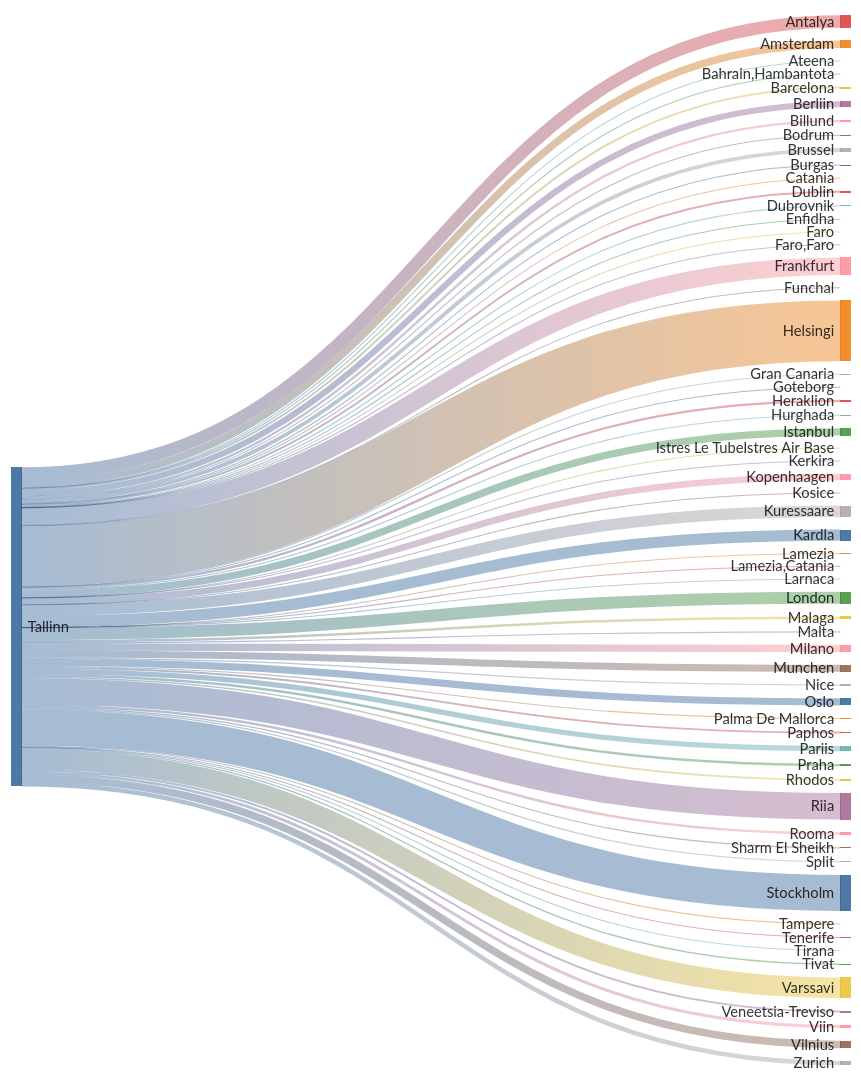
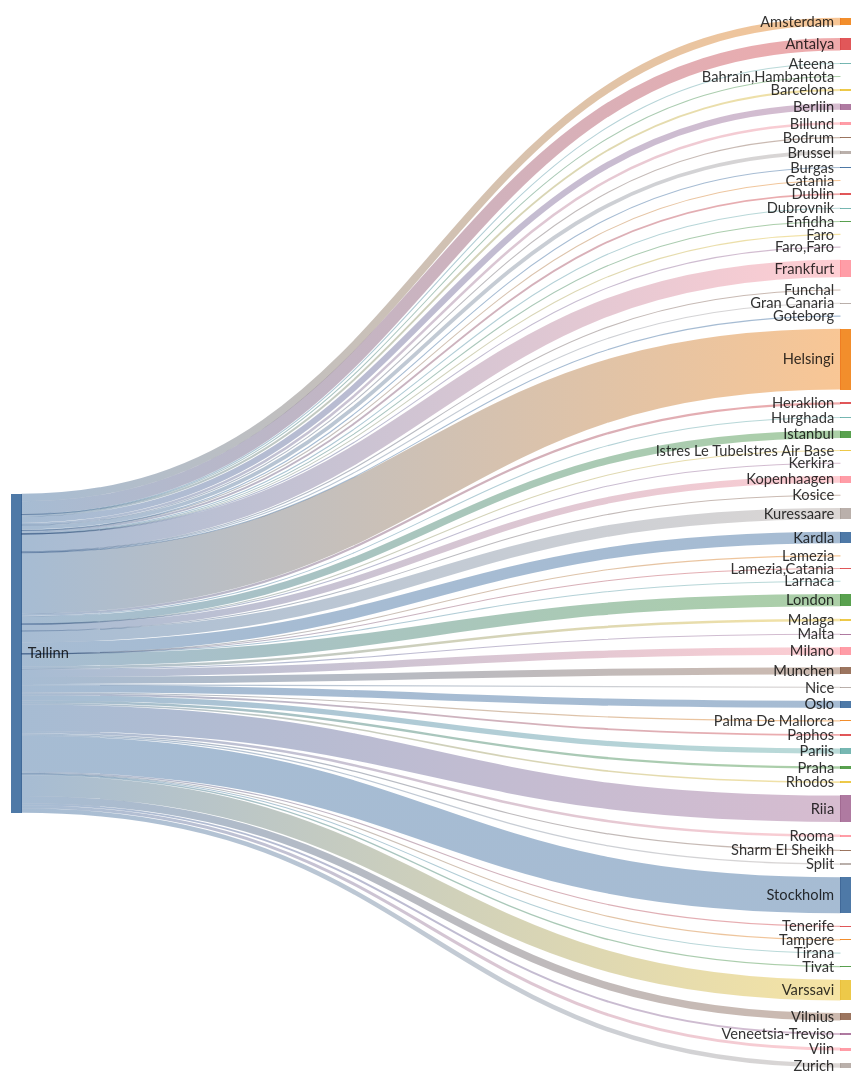
The second of 2 diagrams in README.md (rainermesi/tll-airport-departures), drawn with Mermaid before and after one commit. The commit also changed other lines of this file, not shown here.

````diff
--- a/README.md
+++ b/README.md
@@ -34,72 +34,72 @@
 ```mermaid
 ---
 config:
   sankey:
     showValues: false
     width: 800
     height: 1000
 ---
 sankey-beta
 %% source,target,value
-Tallinn,Amsterdam,153
-Tallinn,Antalya,252
+Tallinn,Amsterdam,155
+Tallinn,Antalya,253
 Tallinn,Ateena,16
 Tallinn,"Bahrain,Hambantota",1
 Tallinn,Barcelona,39
-Tallinn,Berliin,124
+Tallinn,Berliin,125
 Tallinn,Billund,49
 Tallinn,Bodrum,11
 Tallinn,Brussel,77
 Tallinn,Burgas,21
 Tallinn,Catania,2
 Tallinn,Dublin,38
 Tallinn,Dubrovnik,21
 Tallinn,Enfidha,7
 Tallinn,Faro,4
 Tallinn,"Faro,Faro",1
-Tallinn,Frankfurt,355
+Tallinn,Frankfurt,358
 Tallinn,Funchal,5
 Tallinn,Gran Canaria,14
 Tallinn,Goteborg,1
-Tallinn,Helsingi,1226
+Tallinn,Helsingi,1235
 Tallinn,Heraklion,46
 Tallinn,Hurghada,19
-Tallinn,Istanbul,147
+Tallinn,Istanbul,148
 Tallinn,Istres Le TubeIstres Air Base,2
 Tallinn,Kerkira,4
-Tallinn,Kopenhaagen,134
+Tallinn,Kopenhaagen,135
 Tallinn,Kosice,1
-Tallinn,Kuressaare,229
-Tallinn,Kardla,229
+Tallinn,Kuressaare,231
+Tallinn,Kardla,231
 Tallinn,Lamezia,1
 Tallinn,"Lamezia,Catania",3
 Tallinn,Larnaca,4
-Tallinn,London,245
-Tallinn,Malaga,50
+Tallinn,London,247
+Tallinn,Malaga,51
 Tallinn,Malta,15
-Tallinn,Milano,149
+Tallinn,Milano,150
 Tallinn,Munchen,141
 Tallinn,Nice,25
-Tallinn,Oslo,145
+Tallinn,Oslo,146
 Tallinn,Palma De Mallorca,19
-Tallinn,Paphos,37
-Tallinn,Pariis,106
+Tallinn,Paphos,38
+Tallinn,Pariis,107
 Tallinn,Praha,49
 Tallinn,Rhodos,32
-Tallinn,Riia,533
+Tallinn,Riia,537
 Tallinn,Rooma,51
-Tallinn,Sharm El Sheikh,24
+Tallinn,Sharm El Sheikh,25
 Tallinn,Split,25
-Tallinn,Stockholm,726
+Tallinn,Stockholm,729
 Tallinn,Tampere,17
-Tallinn,Tenerife,20
+Tallinn,Tenerife,21
 Tallinn,Tirana,8
 Tallinn,Tivat,26
-Tallinn,Varssavi,414
-Tallinn,Veneetsia-Treviso,38
-Tallinn,Viin,60
-Tallinn,Vilnius,150
-Tallinn,Zurich,92
+Tallinn,Varssavi,418
+Tallinn,Veneetsia-Treviso,39
+Tallinn,Viin,61
+Tallinn,Vilnius,151
+Tallinn,Zurich,93
 
 
 ```
````
